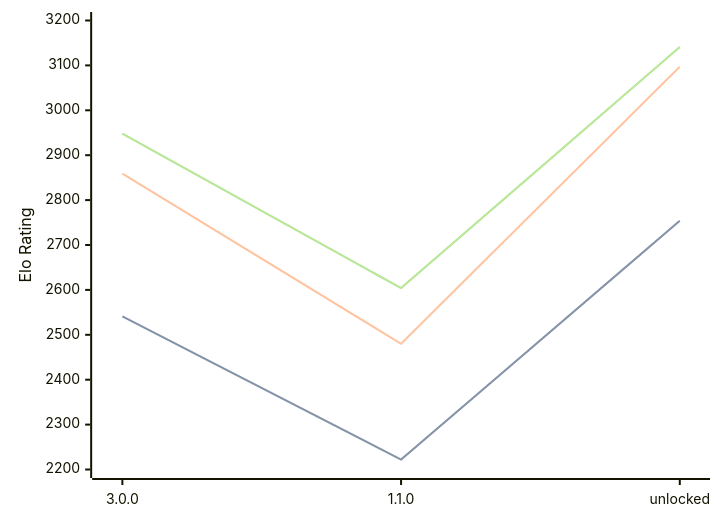
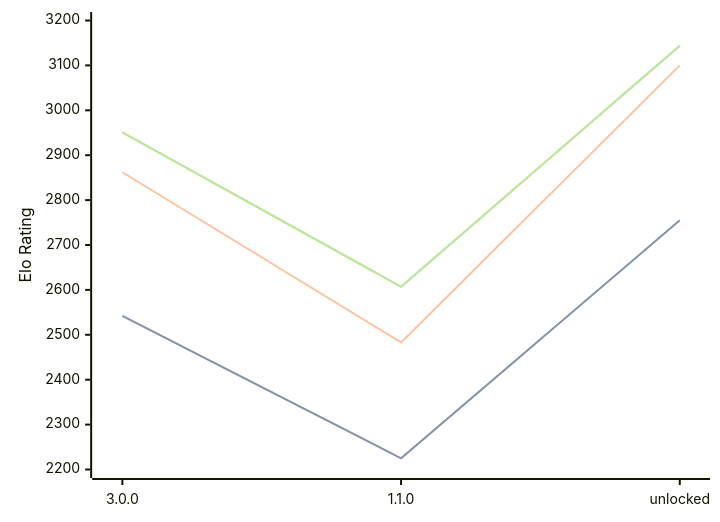
Before and after one commit to computer-chess-index/cci: the diagram in engines/Potential.md, drawn with Mermaid. The commit also changed other lines of this file, not shown here.

Commit message:
Update CCI Ratings (ELO VLTC) - 2026-09-24

````diff
--- a/engines/Potential.md
+++ b/engines/Potential.md
@@ -33,11 +33,11 @@
 ```mermaid
 %%{init: {"theme":"base","themeVariables":{"seriesColors:['#a3a3a3','#222221','#faa371']}}}%%
 xychart-beta
   x-axis ["3.0.0", "1.1.0", "unlocked"]
   y-axis "Elo Rating" 2200 --> 3200
-  line "" [2541, 2222, 2754]
-  line "STC (8.0+0.08s)" [2541, 2222, 2754]
-  line "LTC (60.0+0.60s)" [2859, 2480, 3097]
-  line "" [2948, 2604, 3141]
-  line "VLTC (2m24s+1.12s)" [2948, 2604, 3141]
+  line "" [2542, 2225, 2755]
+  line "STC (8.0+0.08s)" [2542, 2225, 2755]
+  line "LTC (60.0+0.60s)" [2862, 2483, 3100]
+  line "" [2951, 2607, 3144]
+  line "VLTC (2m24s+1.12s)" [2951, 2607, 3144]
 ```
````
